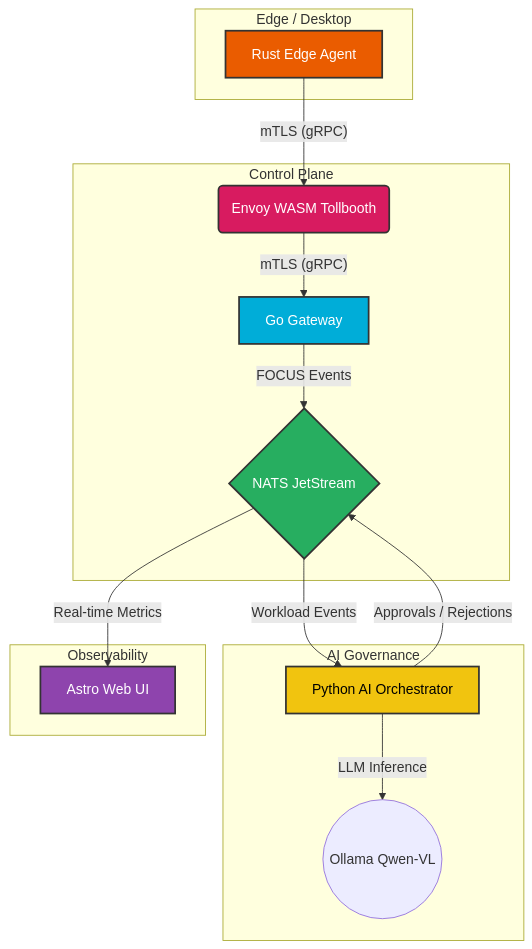
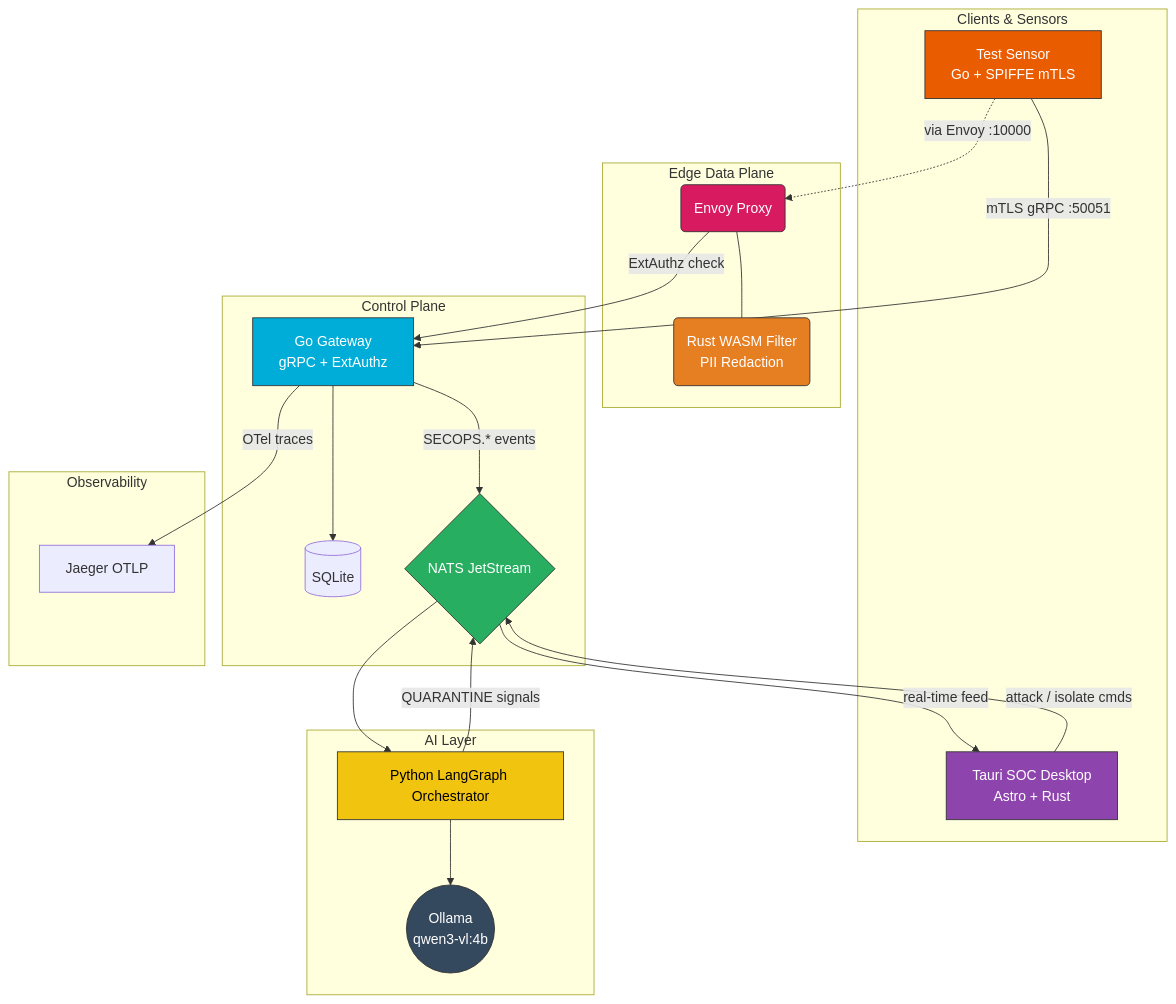
Before and after one commit to Niutaq/Oentike: the diagram in README.md, drawn with Mermaid. The commit also changed other lines of this file and 104 other files, not shown here.

````diff
--- a/README.md
+++ b/README.md
@@ -27,36 +46,49 @@
 ```mermaid
 graph TD
-    subgraph edge [Edge / Desktop]
-        A[Rust Edge Agent]
+    subgraph clients [Clients & Sensors]
+        A[Test Sensor<br/>Go + SPIFFE mTLS]
+        B[Tauri SOC Desktop<br/>Astro + Rust]
+    end
+
+    subgraph edge [Edge Data Plane]
+        E(Envoy Proxy)
+        W(Rust WASM Filter<br/>PII Redaction)
+        E --- W
     end
 
     subgraph control [Control Plane]
-        B(Envoy WASM Tollbooth)
-        C[Go Gateway]
-        D{NATS JetStream}
-    end
-    
-    subgraph ai [AI Governance]
-        F[Python AI Orchestrator]
-        G((Ollama Qwen-VL))
-    end
-    
-    subgraph ui [Observability]
-        E[Astro Web UI]
+        C[Go Gateway<br/>gRPC + ExtAuthz]
+        D[(SQLite)]
+        N{NATS JetStream}
     end
 
-    A -- "mTLS (gRPC)" --> B
-    B -- "mTLS (gRPC)" --> C
-    C -- "FOCUS Events" --> D
-    D -- "Real-time Metrics" --> E
-    D -- "Workload Events" --> F
-    F -- "LLM Inference" --> G
-    F -- "Approvals / Rejections" --> D
-    
-    style A fill:#ea5c00,stroke:#333,stroke-width:2px,color:#fff
-    style B fill:#d81b60,stroke:#333,stroke-width:2px,color:#fff
-    style C fill:#00add8,stroke:#333,stroke-width:2px,color:#fff
-    style D fill:#27ae60,stroke:#333,stroke-width:2px,color:#fff
-    style E fill:#8e44ad,stroke:#333,stroke-width:2px,color:#fff
-    style F fill:#f1c40f,stroke:#333,stroke-width:2px,color:#000
+    subgraph ai [AI Layer]
+        F[Python LangGraph Orchestrator]
+        O((Ollama<br/>qwen3-vl:4b))
+    end
+
+    subgraph obs [Observability]
+        J[Jaeger OTLP]
+    end
+
+    A -- "mTLS gRPC :50051" --> C
+    A -. "via Envoy :10000" .-> E
+    E -- "ExtAuthz check" --> C
+    C --> D
+    C -- "SECOPS.* events" --> N
+    N --> F
+    F --> O
+    F -- "QUARANTINE signals" --> N
+    N -- "real-time feed" --> B
+    B -- "attack / isolate cmds" --> N
+    C -- "OTel traces" --> J
+
+    style A fill:#ea5c00,stroke:#333,color:#fff
+    style B fill:#8e44ad,stroke:#333,color:#fff
+    style E fill:#d81b60,stroke:#333,color:#fff
+    style W fill:#e67e22,stroke:#333,color:#fff
+    style C fill:#00add8,stroke:#333,color:#fff
+    style N fill:#27ae60,stroke:#333,color:#fff
+    style F fill:#f1c40f,stroke:#333,color:#000
+    style O fill:#34495e,stroke:#333,color:#fff
 ```
````
